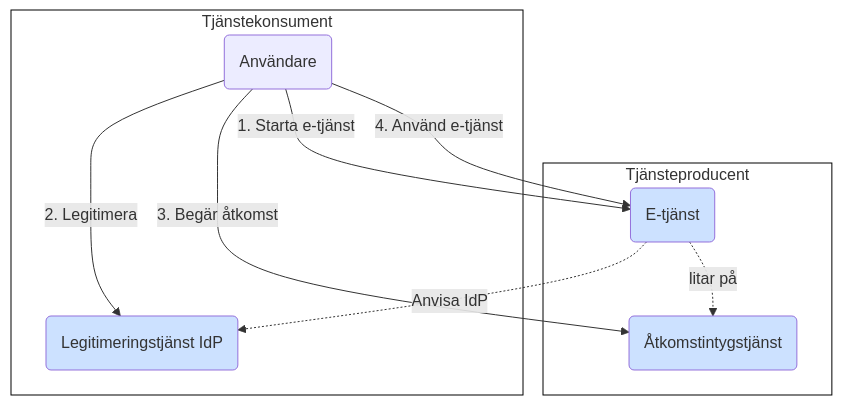
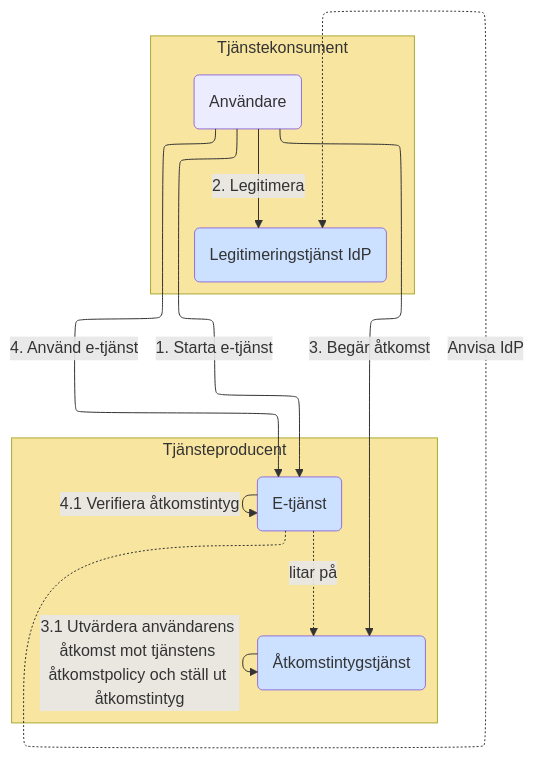
Before and after one commit to diggsweden/ena-authorization: the fifth of 9 diagrams in architecture/drafts/IAM_TargetArchitecture_Sweden.md, drawn with Mermaid. The commit also changed other lines of this file, not shown here.

Commit message:
Testar ny mermaid-rendrerare "elk"

````diff
--- a/architecture/drafts/IAM_TargetArchitecture_Sweden.md
+++ b/architecture/drafts/IAM_TargetArchitecture_Sweden.md
@@ -207,27 +214,30 @@
 ```mermaid
+%%{init: {"flowchart": {"defaultRenderer": "elk"}} }%%
 graph 
 classDef org fill:#F8E5A0
 classDef comp fill:#CCE1FF
 classDef box fill:#ffffff,stroke:#000000
 
 subgraph po[Tjänsteproducent]
     p(E-tjänst):::comp
     as(Åtkomstintygstjänst):::comp
 end
-po:::box
+po:::org
 
 subgraph co[Tjänstekonsument]
     idp(Legitimeringstjänst IdP):::comp
     u(Användare)
 end
-co:::box
+co:::org
 
 idp ~~~ p
 
 u--<p>1. Starta e-tjänst-->p
 p-.Anvisa IdP.->idp
 u--<p>2. Legitimera-->idp
 u--<p>3. Begär åtkomst-->as
+as--<p>3.1 Utvärdera användarens åtkomst mot tjänstens åtkomstpolicy och ställ ut åtkomstintyg-->as
 u--<p>4. Använd e-tjänst-->p
+p--<p>4.1 Verifiera åtkomstintyg-->p
 p-.litar på.->as
 ```
````
